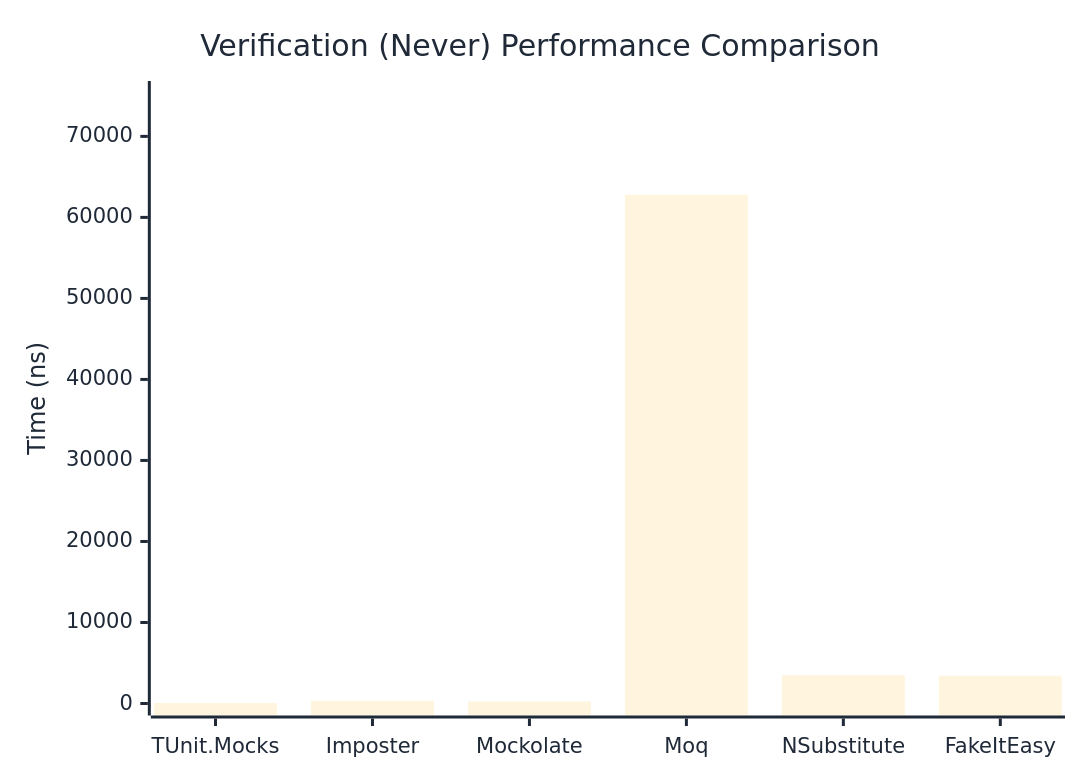
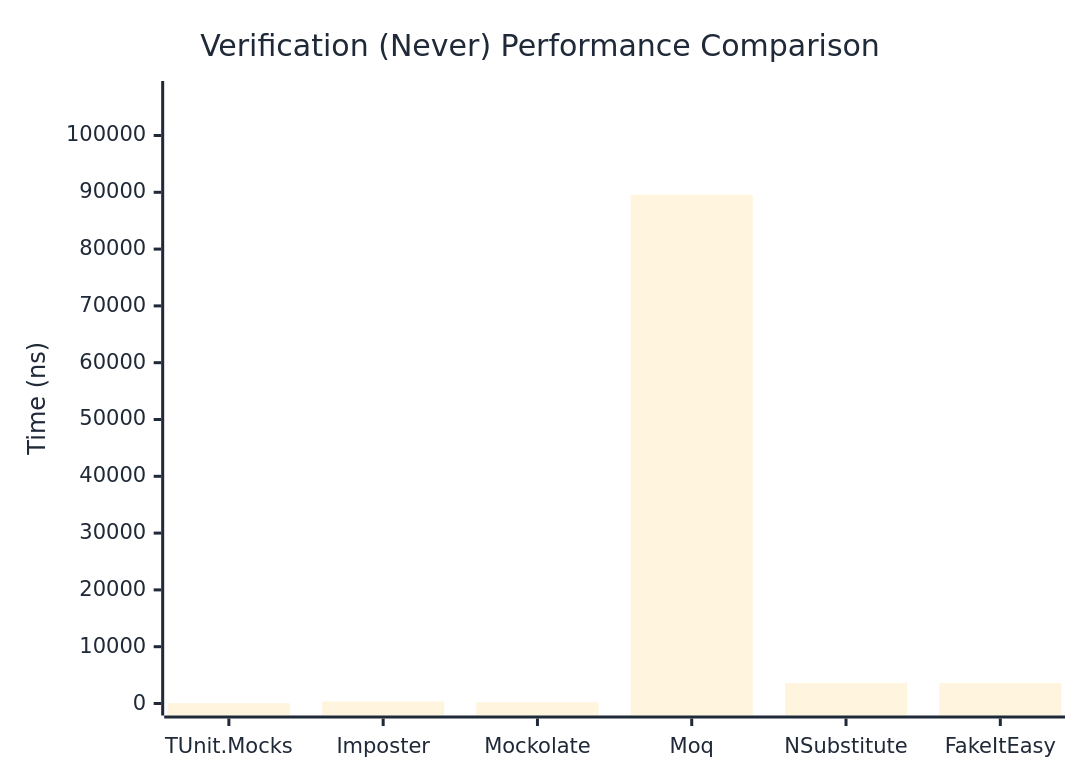
One commit to thomhurst/TUnit changed the second of 3 diagrams in docs/docs/benchmarks/mocks/Verification.md. Above: the diagram before and after it, drawn with Mermaid. The commit also changed other lines of this file and 14 other files, not shown here.

````diff
--- a/docs/docs/benchmarks/mocks/Verification.md
+++ b/docs/docs/benchmarks/mocks/Verification.md
@@ -69,27 +69,27 @@
 ```mermaid
 %%{init: {
   'theme':'base',
   'themeVariables': {
     'primaryColor': '#2563eb',
     'primaryTextColor': '#1f2937',
     'primaryBorderColor': '#1e40af',
     'lineColor': '#6b7280',
     'secondaryColor': '#7c3aed',
     'tertiaryColor': '#dc2626',
     'background': '#ffffff',
     'pie1': '#2563eb',
     'pie2': '#7c3aed',
     'pie3': '#dc2626',
     'pie4': '#f59e0b',
     'pie5': '#10b981',
     'pie6': '#06b6d4',
     'pie7': '#ec4899',
     'pie8': '#6366f1'
   }
 }}%%
 xychart-beta
   title "Verification (Never) Performance Comparison"
   x-axis ["TUnit.Mocks", "Imposter", "Mockolate", "Moq", "NSubstitute", "FakeItEasy"]
-  y-axis "Time (ns)" 0 --> 75354
-  bar [55.79, 329.91, 239.08, 62794.71, 3482.62, 3427.83]
+  y-axis "Time (ns)" 0 --> 107481
+  bar [52.8, 349.28, 218.69, 89567.2, 3603.54, 3619.33]
 ```
````
